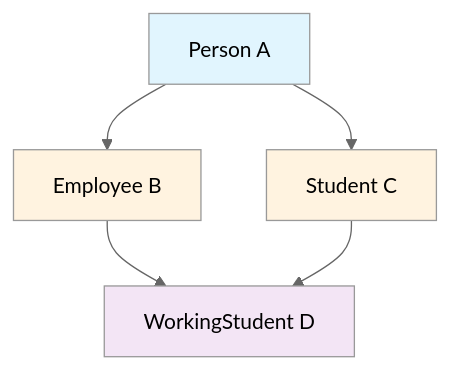
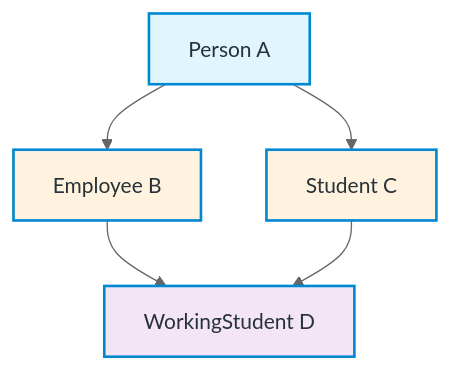
Before and after one commit to joyandrew-github/DSA_CPP: the sixth of 9 diagrams in OOPS/Inheritance/Inheritance_Types_Complete_Guide.md, drawn with Mermaid (neutral theme). The commit also changed other lines of this file, not shown here.

First line of the commit message:
docs: fix mermaid diagram colors for visibility

````diff
--- a/OOPS/Inheritance/Inheritance_Types_Complete_Guide.md
+++ b/OOPS/Inheritance/Inheritance_Types_Complete_Guide.md
@@ -303,11 +325,15 @@
 ```mermaid
 graph TD
     A[Person A] --> B[Employee B]
     A --> C[Student C]
     B --> D[WorkingStudent D]
     C --> D
-    style A fill:#e1f5fe
-    style B fill:#fff3e0
-    style C fill:#fff3e0
-    style D fill:#f3e5f5
+    
+    classDef baseClass fill:#E1F5FE,color:#263238,stroke:#0288D1,stroke-width:2px
+    classDef intermediateClass fill:#FFF3E0,color:#263238,stroke:#0288D1,stroke-width:2px
+    classDef derivedClass fill:#F3E5F5,color:#263238,stroke:#0288D1,stroke-width:2px
+    
+    class A baseClass
+    class B,C intermediateClass
+    class D derivedClass
 ```
````
